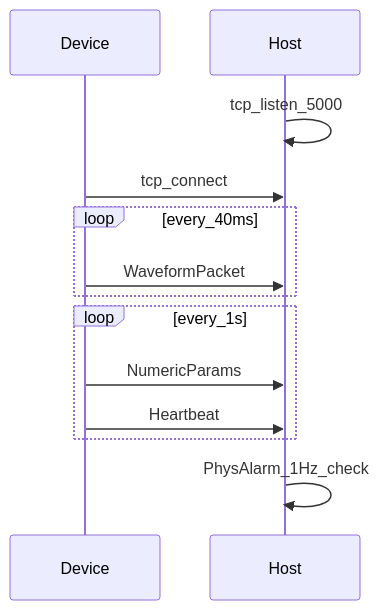
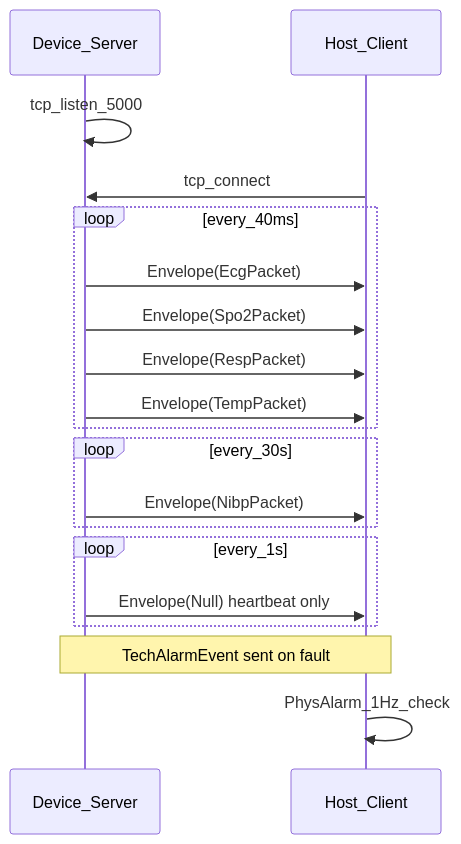
Before and after one commit to BoydWPaine/MiniPatientMonitor: the fourth of 5 diagrams in docs/Architecture.md, drawn with Mermaid. The commit also changed other lines of this file and 6 other files, not shown here.

````diff
--- a/docs/Architecture.md
+++ b/docs/Architecture.md
@@ -271,15 +349,21 @@
 ```mermaid
 sequenceDiagram
-    participant D as Device
-    participant H as Host
-    H->>H: tcp_listen_5000
-    D->>H: tcp_connect
+    participant D as Device_Server
+    participant H as Host_Client
+    D->>D: tcp_listen_5000
+    H->>D: tcp_connect
     loop every_40ms
-        D->>H: WaveformPacket
+        D->>H: Envelope(EcgPacket)
+        D->>H: Envelope(Spo2Packet)
+        D->>H: Envelope(RespPacket)
+        D->>H: Envelope(TempPacket)
+    end
+    loop every_30s
+        D->>H: Envelope(NibpPacket)
     end
     loop every_1s
-        D->>H: NumericParams
-        D->>H: Heartbeat
+        D->>H: Envelope(Null) heartbeat only
     end
+    Note over D,H: TechAlarmEvent sent on fault
     H->>H: PhysAlarm_1Hz_check
 ```
````
